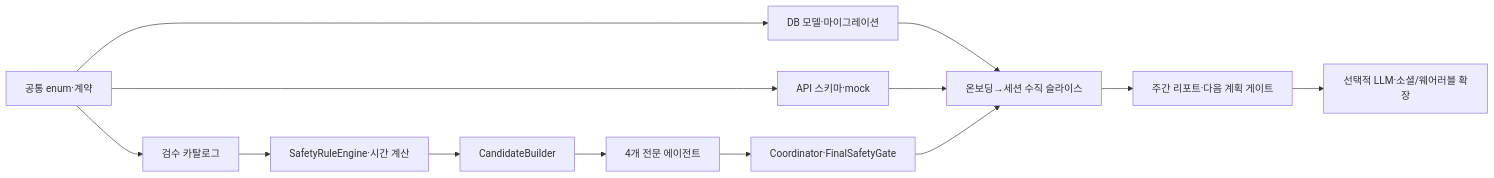
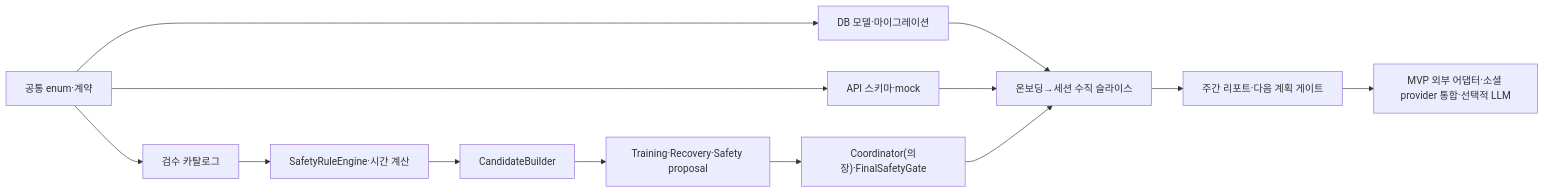
The diagram in docs/IMPLEMENTATION_PLAN.md (SKNETWORKS-FAMILY-AICAMP/SKN30-FINAL-5Team), drawn with Mermaid before and after one commit. The commit also changed other lines of this file and 26 other files, not shown here.

````diff
--- a/docs/IMPLEMENTATION_PLAN.md
+++ b/docs/IMPLEMENTATION_PLAN.md
@@ -21,15 +21,15 @@
 ```mermaid
 flowchart LR
   C["공통 enum·계약"] --> CAT["검수 카탈로그"]
   C --> DB["DB 모델·마이그레이션"]
   C --> API["API 스키마·mock"]
   CAT --> RULE["SafetyRuleEngine·시간 계산"]
   RULE --> CAND["CandidateBuilder"]
-  CAND --> AG["4개 전문 에이전트"]
-  AG --> COORD["Coordinator·FinalSafetyGate"]
+  CAND --> AG["Training·Recovery·Safety proposal"]
+  AG --> COORD["Coordinator(의장)·FinalSafetyGate"]
   DB --> FLOW["온보딩→세션 수직 슬라이스"]
   API --> FLOW
   COORD --> FLOW
   FLOW --> WEEK["주간 리포트·다음 계획 게이트"]
-  WEEK --> OPT["선택적 LLM·소셜/웨어러블 확장"]
+  WEEK --> OPT["MVP 외부 어댑터·소셜 provider 통합·선택적 LLM"]
 ```
````
